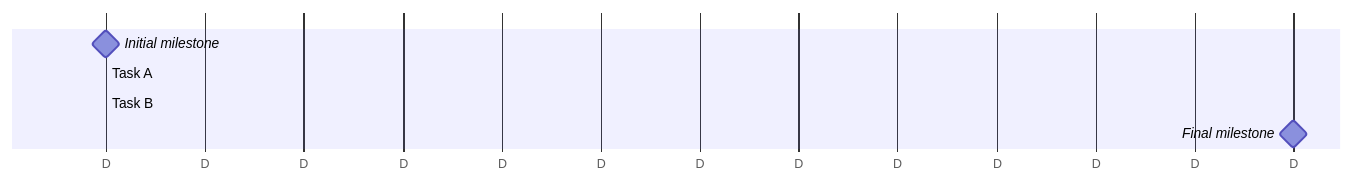
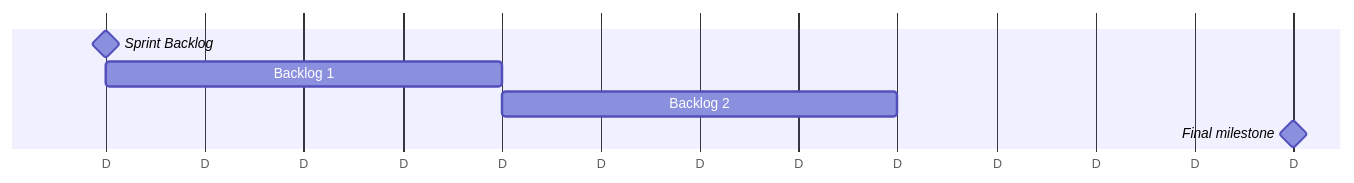
Before and after one commit to Iagocds/Projeto-Integrado: the second of 2 diagrams in sprint.md, drawn with Mermaid.

````diff
--- a/sprint.md
+++ b/sprint.md
@@ -24,9 +24,9 @@
 ```mermaid
 gantt
     dateFormat D
     axisFormat %D
-    Initial milestone : milestone, m1, 1, 1D
-    Task A : 1D
-    Task B : 1D
+    Sprint Backlog : milestone, m1, 1, 1D
+    Backlog 1 : 1d
+    Backlog 2 : 1d
     Final milestone : milestone, m2, 4, 4D
 ```
````
